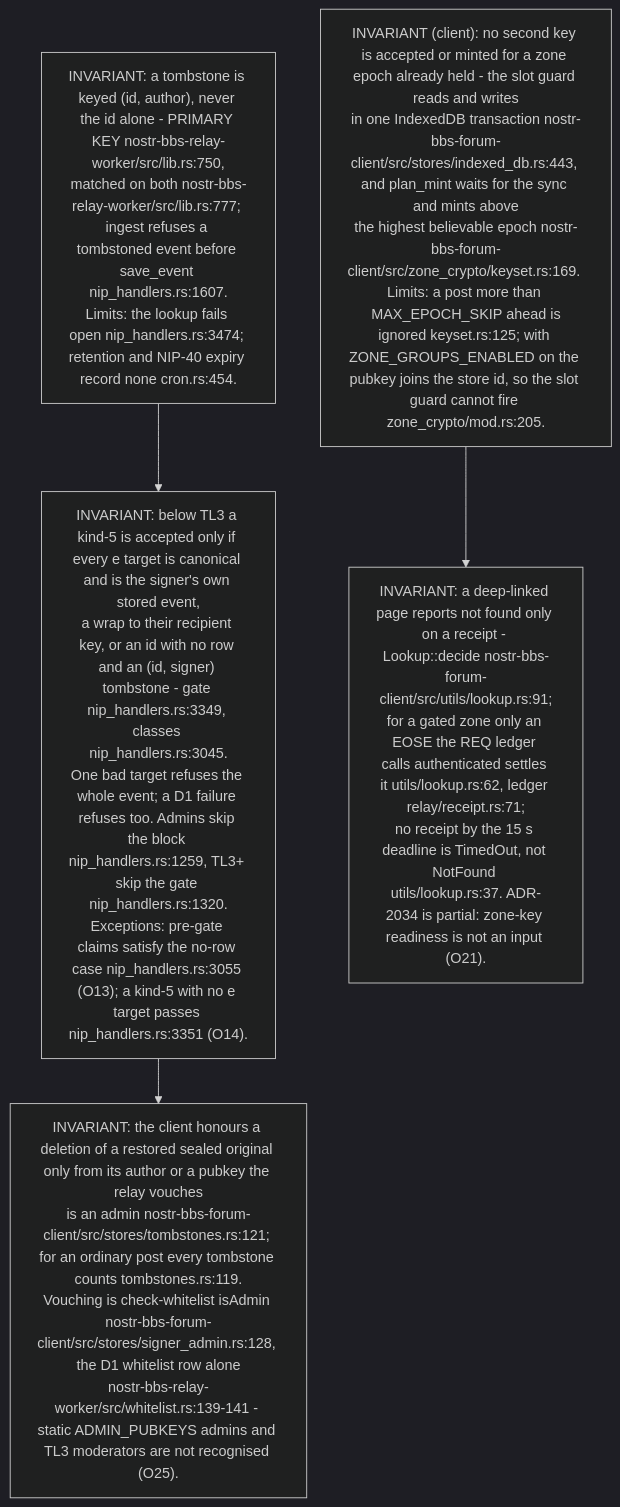
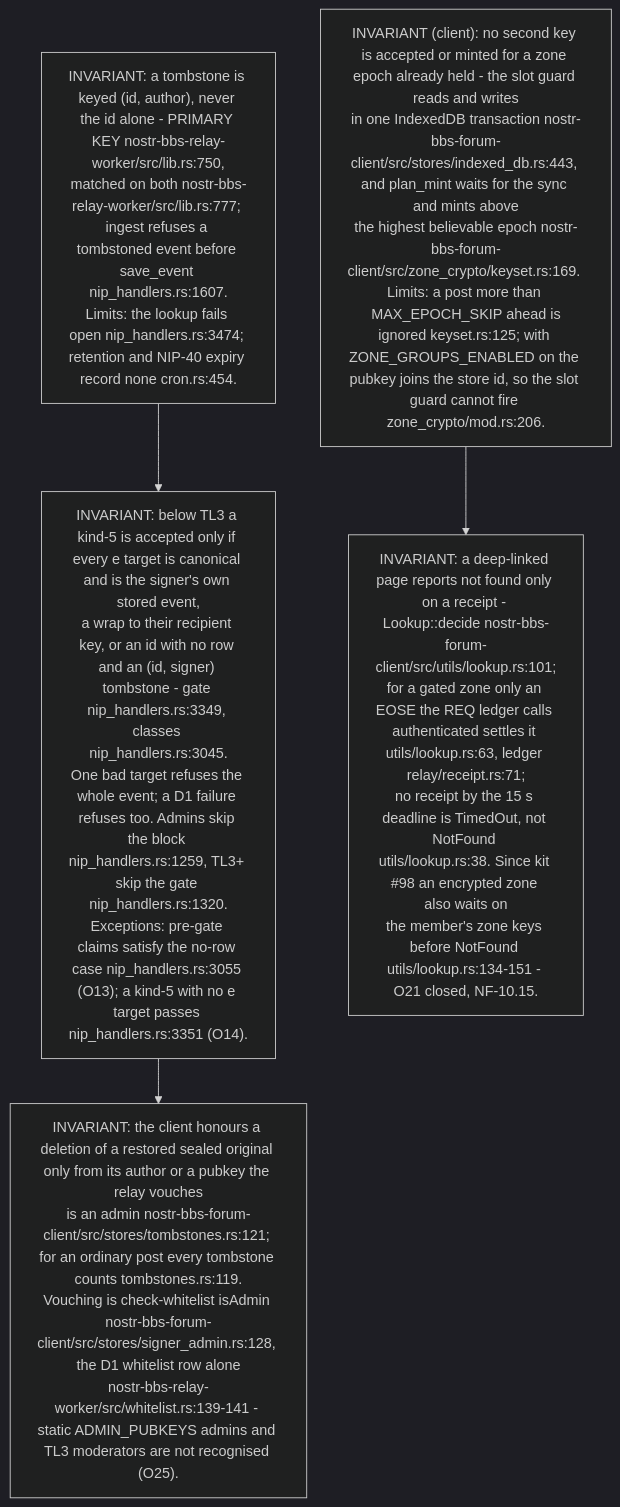
Before and after one commit to DreamLab-AI/VisionFlow: diagram 11 of 13 in docs/diagrams/nostr-rust-forum/10-invariants-and-anomaly-register.md, drawn with Mermaid (dark theme). The commit also changed other lines of this file and 1 other file, not shown here.

First line of the commit message:
WIP diagrams/kit-fold: re-stamp NF-05 and NF-10 to fd31193, close O21, fold kit register items

````diff
--- a/docs/diagrams/nostr-rust-forum/10-invariants-and-anomaly-register.md
+++ b/docs/diagrams/nostr-rust-forum/10-invariants-and-anomaly-register.md
@@ -280,10 +304,10 @@
 ```mermaid
 flowchart TB
     T1["INVARIANT: a tombstone is keyed (id, author), never the id alone - PRIMARY KEY nostr-bbs-relay-worker/src/lib.rs:750,<br/>matched on both nostr-bbs-relay-worker/src/lib.rs:777; ingest refuses a tombstoned event before save_event nip_handlers.rs:1607.<br/>Limits: the lookup fails open nip_handlers.rs:3474; retention and NIP-40 expiry record none cron.rs:454."]
     T2["INVARIANT: below TL3 a kind-5 is accepted only if every e target is canonical and is the signer's own stored event,<br/>a wrap to their recipient key, or an id with no row and an (id, signer) tombstone - gate nip_handlers.rs:3349, classes nip_handlers.rs:3045.<br/>One bad target refuses the whole event; a D1 failure refuses too. Admins skip the block nip_handlers.rs:1259, TL3+ skip the gate nip_handlers.rs:1320.<br/>Exceptions: pre-gate claims satisfy the no-row case nip_handlers.rs:3055 (O13); a kind-5 with no e target passes nip_handlers.rs:3351 (O14)."]
     T3["INVARIANT: the client honours a deletion of a restored sealed original only from its author or a pubkey the relay vouches<br/>is an admin nostr-bbs-forum-client/src/stores/tombstones.rs:121; for an ordinary post every tombstone counts tombstones.rs:119.<br/>Vouching is check-whitelist isAdmin nostr-bbs-forum-client/src/stores/signer_admin.rs:128, the D1 whitelist row alone<br/>nostr-bbs-relay-worker/src/whitelist.rs:139-141 - static ADMIN_PUBKEYS admins and TL3 moderators are not recognised (O25)."]
-    T4["INVARIANT (client): no second key is accepted or minted for a zone epoch already held - the slot guard reads and writes<br/>in one IndexedDB transaction nostr-bbs-forum-client/src/stores/indexed_db.rs:443, and plan_mint waits for the sync and mints above<br/>the highest believable epoch nostr-bbs-forum-client/src/zone_crypto/keyset.rs:169. Limits: a post more than MAX_EPOCH_SKIP ahead is<br/>ignored keyset.rs:125; with ZONE_GROUPS_ENABLED on the pubkey joins the store id, so the slot guard cannot fire zone_crypto/mod.rs:205."]
-    T5["INVARIANT: a deep-linked page reports not found only on a receipt - Lookup::decide nostr-bbs-forum-client/src/utils/lookup.rs:91;<br/>for a gated zone only an EOSE the REQ ledger calls authenticated settles it utils/lookup.rs:62, ledger relay/receipt.rs:71;<br/>no receipt by the 15 s deadline is TimedOut, not NotFound utils/lookup.rs:37. ADR-2034 is partial: zone-key readiness is not an input (O21)."]
+    T4["INVARIANT (client): no second key is accepted or minted for a zone epoch already held - the slot guard reads and writes<br/>in one IndexedDB transaction nostr-bbs-forum-client/src/stores/indexed_db.rs:443, and plan_mint waits for the sync and mints above<br/>the highest believable epoch nostr-bbs-forum-client/src/zone_crypto/keyset.rs:169. Limits: a post more than MAX_EPOCH_SKIP ahead is<br/>ignored keyset.rs:125; with ZONE_GROUPS_ENABLED on the pubkey joins the store id, so the slot guard cannot fire zone_crypto/mod.rs:206."]
+    T5["INVARIANT: a deep-linked page reports not found only on a receipt - Lookup::decide nostr-bbs-forum-client/src/utils/lookup.rs:101;<br/>for a gated zone only an EOSE the REQ ledger calls authenticated settles it utils/lookup.rs:63, ledger relay/receipt.rs:71;<br/>no receipt by the 15 s deadline is TimedOut, not NotFound utils/lookup.rs:38. Since kit #98 an encrypted zone also waits on<br/>the member's zone keys before NotFound utils/lookup.rs:134-151 - O21 closed, NF-10.15."]
     T1 --> T2 --> T3
     T4 --> T5
 ```
````
